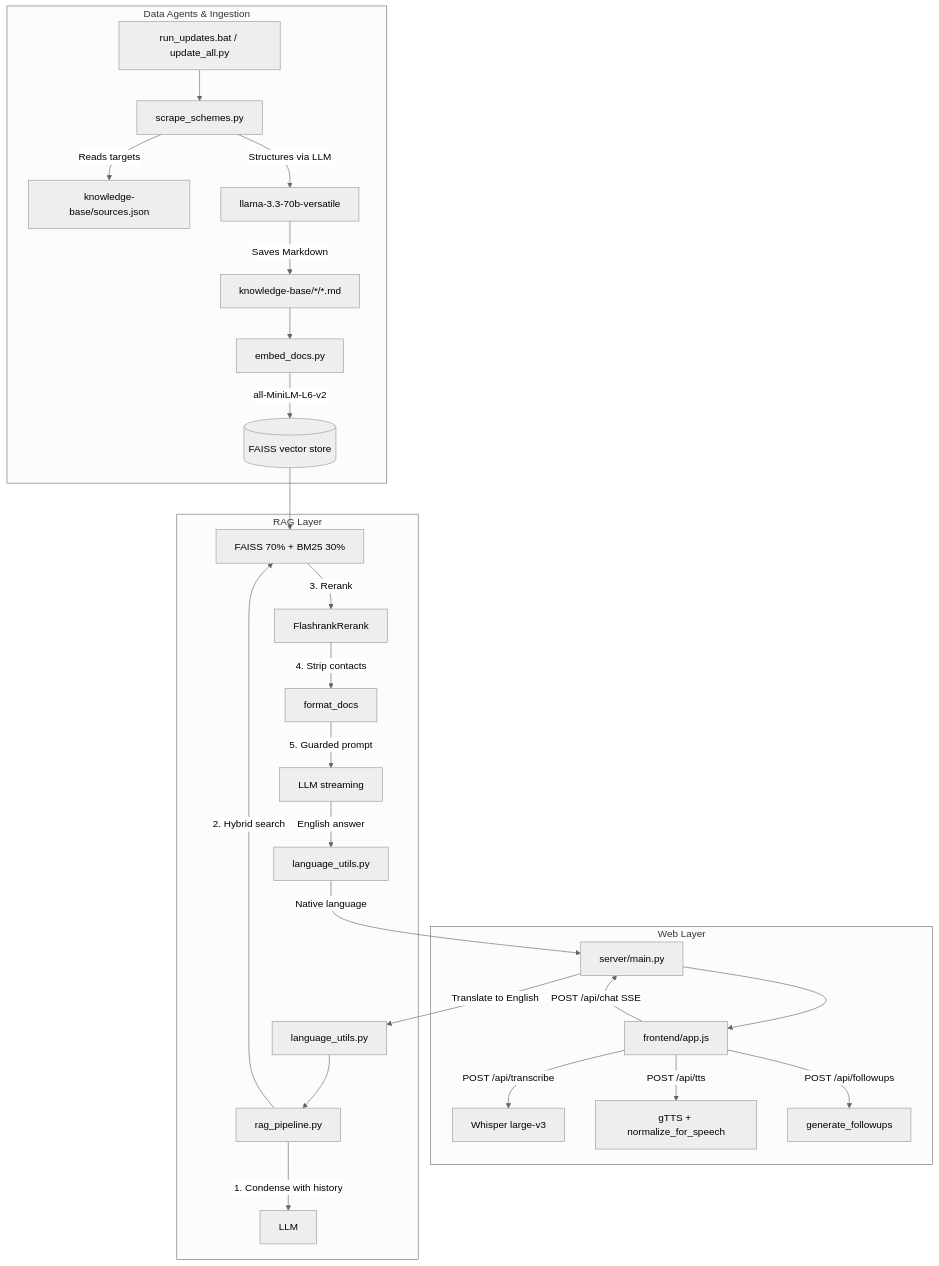
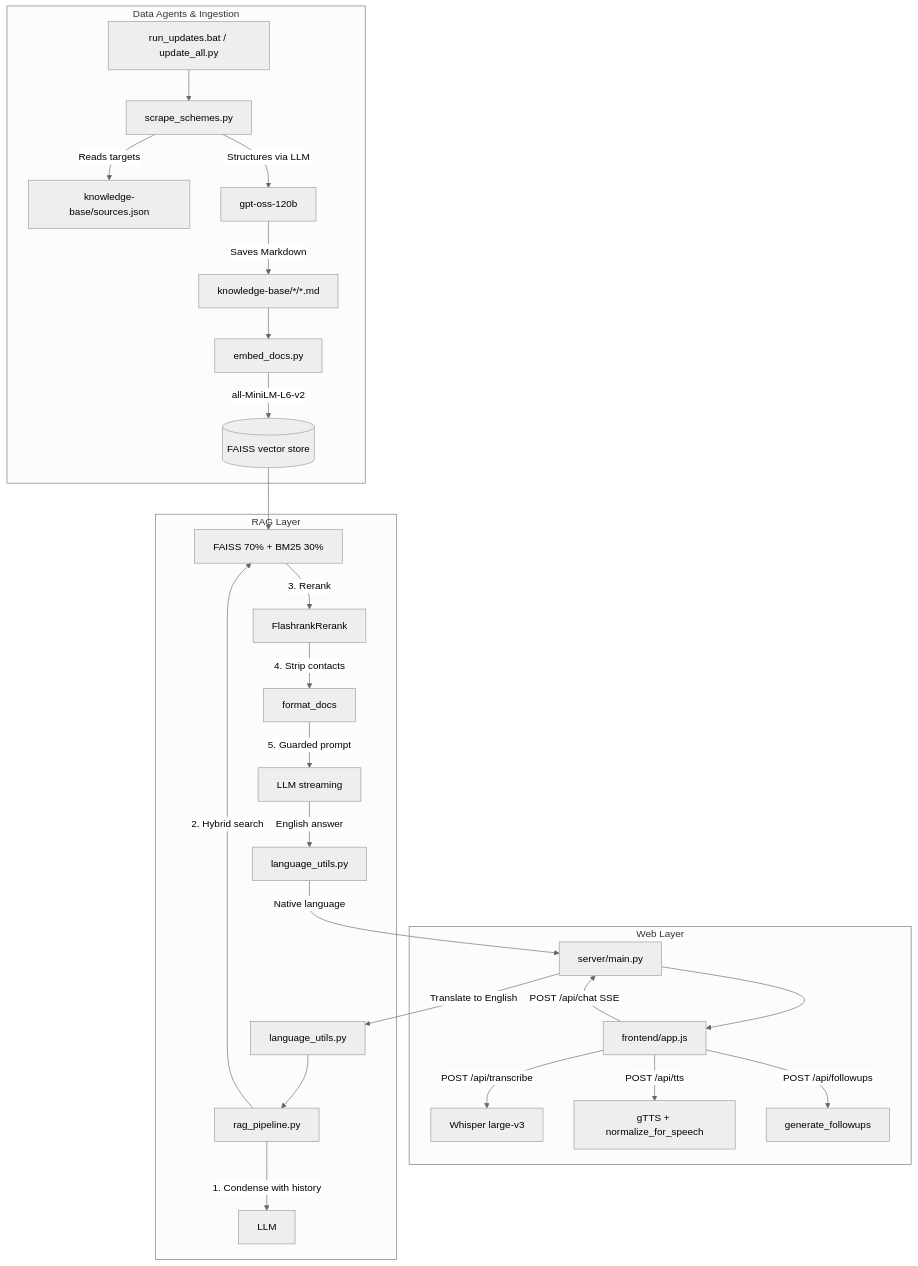
Before and after one commit to deeptiprasadd/disability-schemes-chatbot: the diagram in docs/README.md, drawn with Mermaid (neutral theme). The commit also changed 78 other files, not shown here.

````diff
--- a/docs/README.md
+++ b/docs/README.md
@@ -16,33 +16,33 @@
 ```mermaid
 graph TD
     subgraph Data Agents & Ingestion
         A[run_updates.bat / update_all.py] --> B[scrape_schemes.py]
         B -->|Reads targets| C[knowledge-base/sources.json]
-        B -->|Structures via LLM| D[llama-3.3-70b-versatile]
+        B -->|Structures via LLM| D[gpt-oss-120b]
         D -->|Saves Markdown| E[knowledge-base/*/*.md]
         E --> F[embed_docs.py]
         F -->|all-MiniLM-L6-v2| G[(FAISS vector store)]
     end
 
     subgraph Web Layer
         UI[frontend/app.js] -->|POST /api/transcribe| STT[Whisper large-v3]
         UI -->|POST /api/chat SSE| API[server/main.py]
         UI -->|POST /api/tts| TTS[gTTS + normalize_for_speech]
         UI -->|POST /api/followups| FUP[generate_followups]
     end
 
     subgraph RAG Layer
         API -->|Translate to English| TransIn[language_utils.py]
         TransIn --> RAG[rag_pipeline.py]
         RAG -->|1. Condense with history| Cond[LLM]
         RAG -->|2. Hybrid search| Hyb[FAISS 70% + BM25 30%]
         Hyb -->|3. Rerank| Rr[FlashrankRerank]
         Rr -->|4. Strip contacts| Fmt[format_docs]
         Fmt -->|5. Guarded prompt| Gen[LLM streaming]
         Gen -->|English answer| TransOut[language_utils.py]
         TransOut -->|Native language| API
     end
 
     G --> Hyb
     API --> UI
 ```
````
